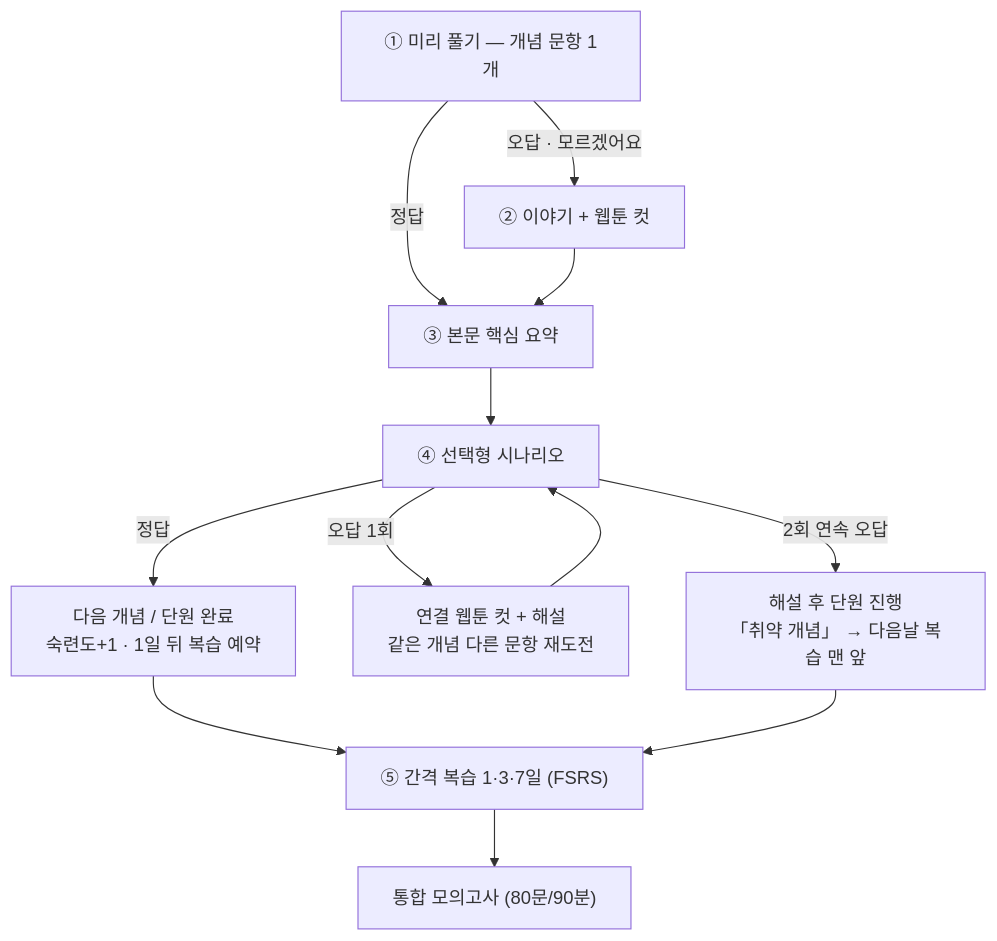
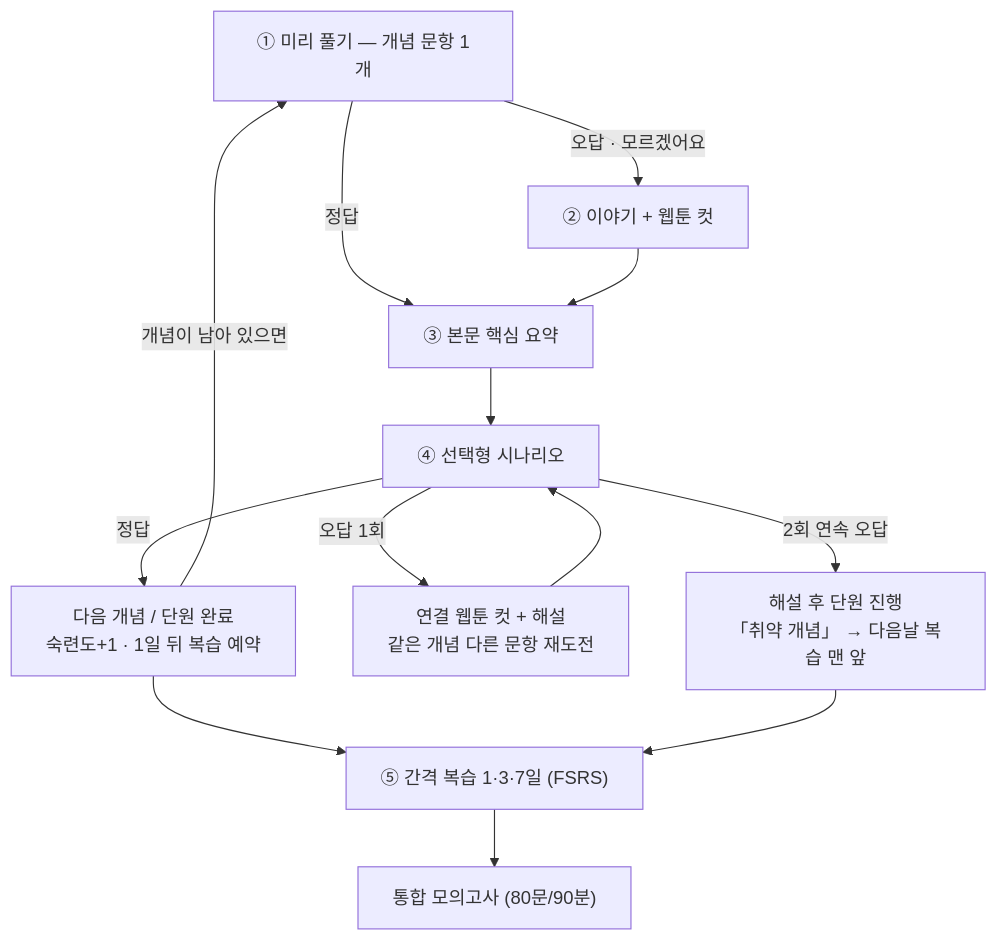
Before and after one commit to skygoldlee-cyber/passok: the first of 2 diagrams in content/exams/carework/docs/적응형 학습 엔진 설계.md, drawn with Mermaid. The commit also changed other lines of this file and 1 other file, not shown here.

````diff
--- a/content/exams/carework/docs/적응형 학습 엔진 설계.md
+++ b/content/exams/carework/docs/적응형 학습 엔진 설계.md
@@ -44,14 +44,15 @@
 ```mermaid
 flowchart TD
     A["① 미리 풀기 — 개념 문항 1개"] -->|정답| C["③ 본문 핵심 요약"]
     A -->|"오답 · 모르겠어요"| B["② 이야기 + 웹툰 컷"]
     B --> C
     C --> D["④ 선택형 시나리오"]
     D -->|정답| E["다음 개념 / 단원 완료<br/>숙련도+1 · 1일 뒤 복습 예약"]
+    E -->|"개념이 남아 있으면"| A
     D -->|"오답 1회"| F["연결 웹툰 컷 + 해설<br/>같은 개념 다른 문항 재도전"]
     F --> D
     D -->|"2회 연속 오답"| G["해설 후 단원 진행<br/>「취약 개념」 → 다음날 복습 맨 앞"]
     E --> H["⑤ 간격 복습 1·3·7일 (FSRS)"]
     G --> H
     H --> I["통합 모의고사 (80문/90분)"]
 ```
````
